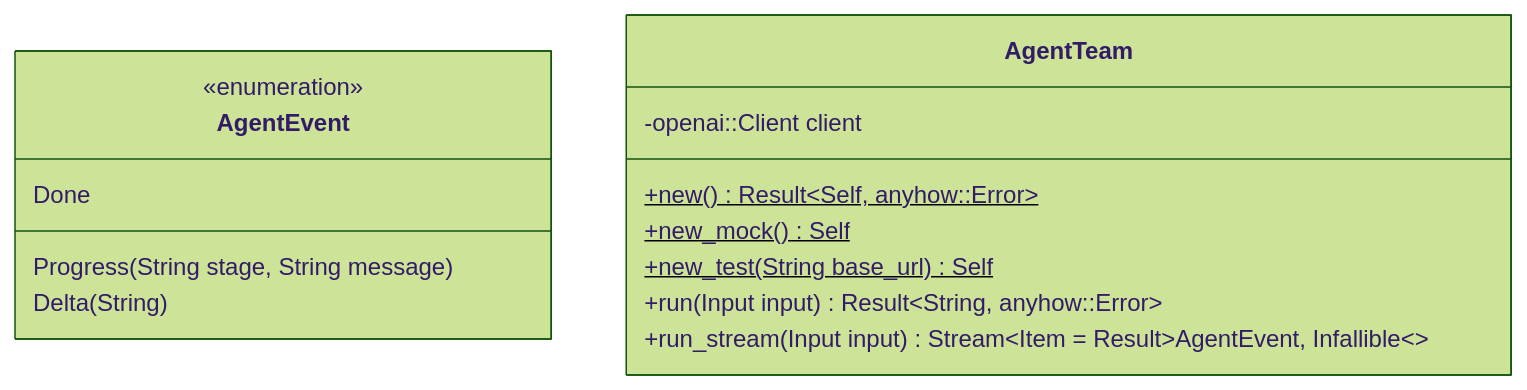
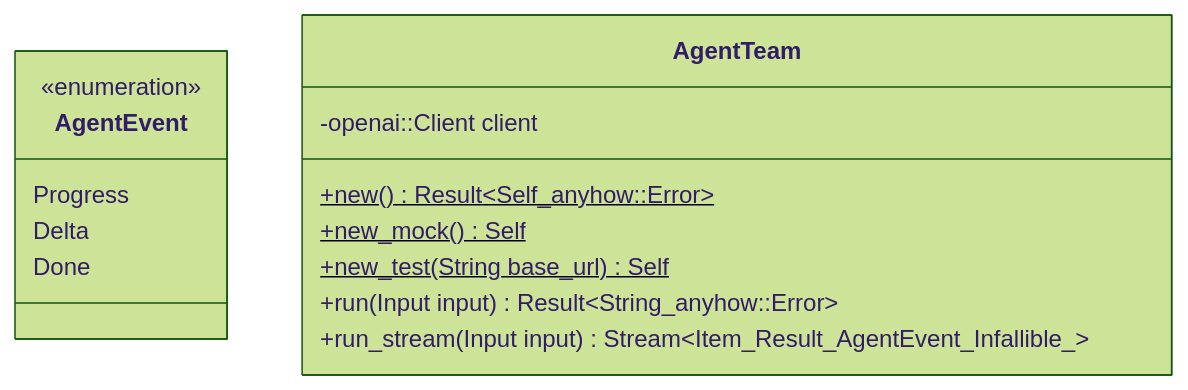
One commit to lgcorzo/fastapi-autogen-team changed the first of 2 diagrams in .knowledge/src-domain-agent-team.md. Above: the diagram before and after it, drawn with Mermaid (forest theme). The commit also changed 6 other files, not shown here.

Commit message:
docs: fix mermaid render syntax errors in knowledge base and add node_modules to gitignore

````diff
--- a/.knowledge/src-domain-agent-team.md
+++ b/.knowledge/src-domain-agent-team.md
@@ -18,18 +18,18 @@
 ```mermaid
 classDiagram
     class AgentEvent {
         <<enumeration>>
-        Progress(String stage, String message)
-        Delta(String)
+        Progress
+        Delta
         Done
     }
 
     class AgentTeam {
         -openai::Client client
-        +new() Result~Self, anyhow::Error~$
+        +new() Result~Self_anyhow::Error~$
         +new_mock() Self$
         +new_test(String base_url) Self$
-        +run(Input input) Result~String, anyhow::Error~
-        +run_stream(Input input) Stream~Item = Result~AgentEvent, Infallible~~
+        +run(Input input) Result~String_anyhow::Error~
+        +run_stream(Input input) Stream~Item_Result_AgentEvent_Infallible_~
     }
 ```
````
